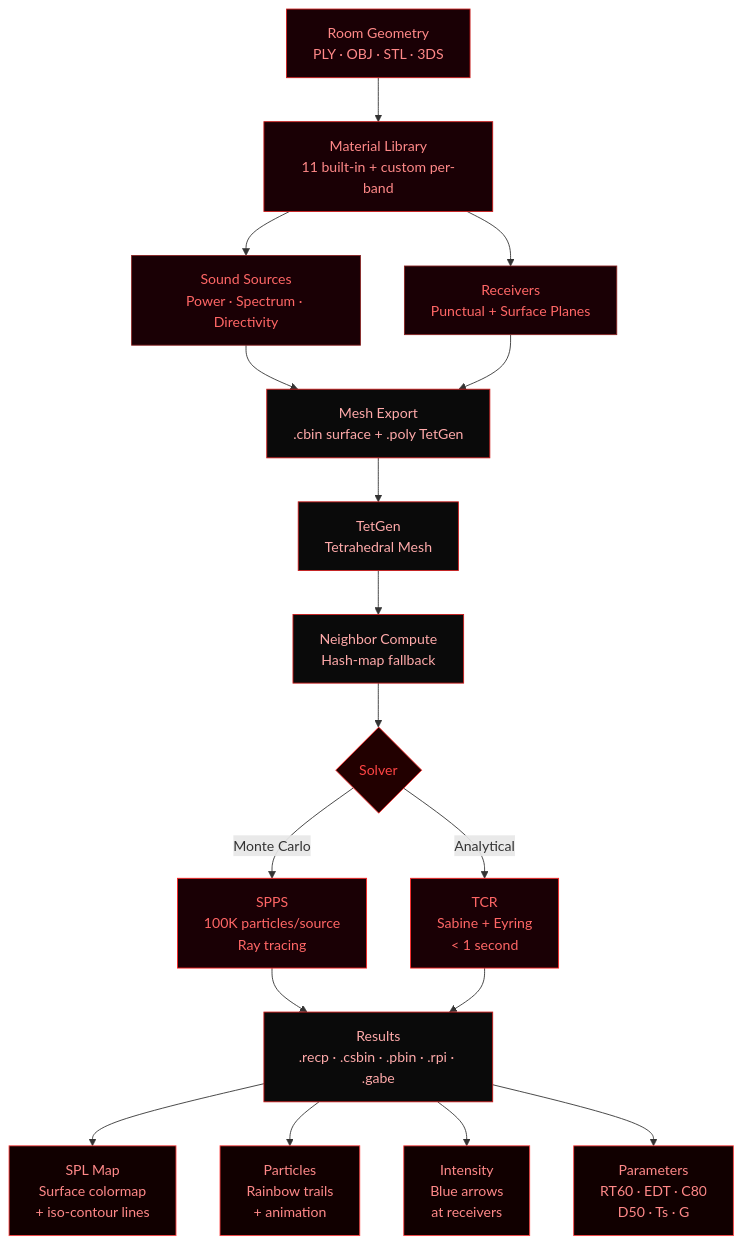
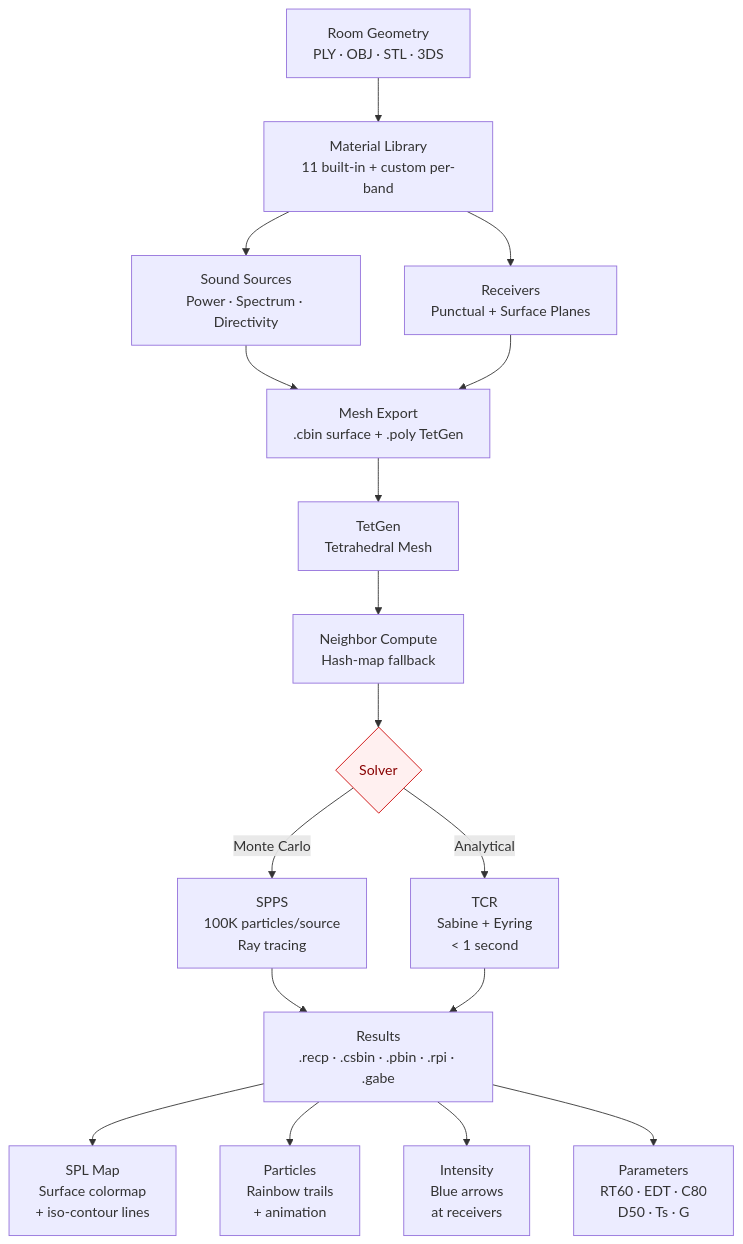
One commit to Burhanuddin98/I-Simpa_Night_Mode changed the second of 2 diagrams in README.md. Above: the diagram before and after it, drawn with Mermaid. The commit also changed other lines of this file, not shown here.

Commit message:
Fix diagrams: remove invisible dark styling, replace mindmap with clean table

````diff
--- a/README.md
+++ b/README.md
@@ -153,35 +142,21 @@
 ```mermaid
 flowchart TD
     A[Room Geometry<br/>PLY · OBJ · STL · 3DS] --> B[Material Library<br/>11 built-in + custom per-band]
     B --> C[Sound Sources<br/>Power · Spectrum · Directivity]
     B --> D[Receivers<br/>Punctual + Surface Planes]
     C --> E[Mesh Export<br/>.cbin surface + .poly TetGen]
     D --> E
     E --> F[TetGen<br/>Tetrahedral Mesh]
     F --> G[Neighbor Compute<br/>Hash-map fallback]
     G --> H{Solver}
     H -->|Monte Carlo| I[SPPS<br/>100K particles/source<br/>Ray tracing]
     H -->|Analytical| J[TCR<br/>Sabine + Eyring<br/>< 1 second]
     I --> K[Results<br/>.recp · .csbin · .pbin · .rpi · .gabe]
     J --> K
     K --> L[SPL Map<br/>Surface colormap<br/>+ iso-contour lines]
     K --> M[Particles<br/>Rainbow trails<br/>+ animation]
     K --> N[Intensity<br/>Blue arrows<br/>at receivers]
     K --> O[Parameters<br/>RT60 · EDT · C80<br/>D50 · Ts · G]
 
-    style A fill:#1a0005,stroke:#cc1a1a,color:#ff8888
-    style B fill:#1a0005,stroke:#cc1a1a,color:#ff8888
-    style C fill:#1a0005,stroke:#882222,color:#ff6666
-    style D fill:#1a0005,stroke:#882222,color:#ff6666
-    style E fill:#0a0a0a,stroke:#cc1a1a,color:#ffaaaa
-    style F fill:#0a0a0a,stroke:#cc1a1a,color:#ffaaaa
-    style G fill:#0a0a0a,stroke:#cc1a1a,color:#ffaaaa
-    style H fill:#220000,stroke:#ff3333,color:#ff4444
-    style I fill:#1a0005,stroke:#ff2222,color:#ff6666
-    style J fill:#1a0005,stroke:#ff2222,color:#ff6666
-    style K fill:#0a0a0a,stroke:#cc1a1a,color:#ffaaaa
-    style L fill:#110000,stroke:#ff4444,color:#ff8888
-    style M fill:#110000,stroke:#ff4444,color:#ff8888
-    style N fill:#110000,stroke:#ff4444,color:#ff8888
-    style O fill:#110000,stroke:#ff4444,color:#ff8888
+    style H fill:#fff0f0,stroke:#cc0000,color:#880000
 ```
````
